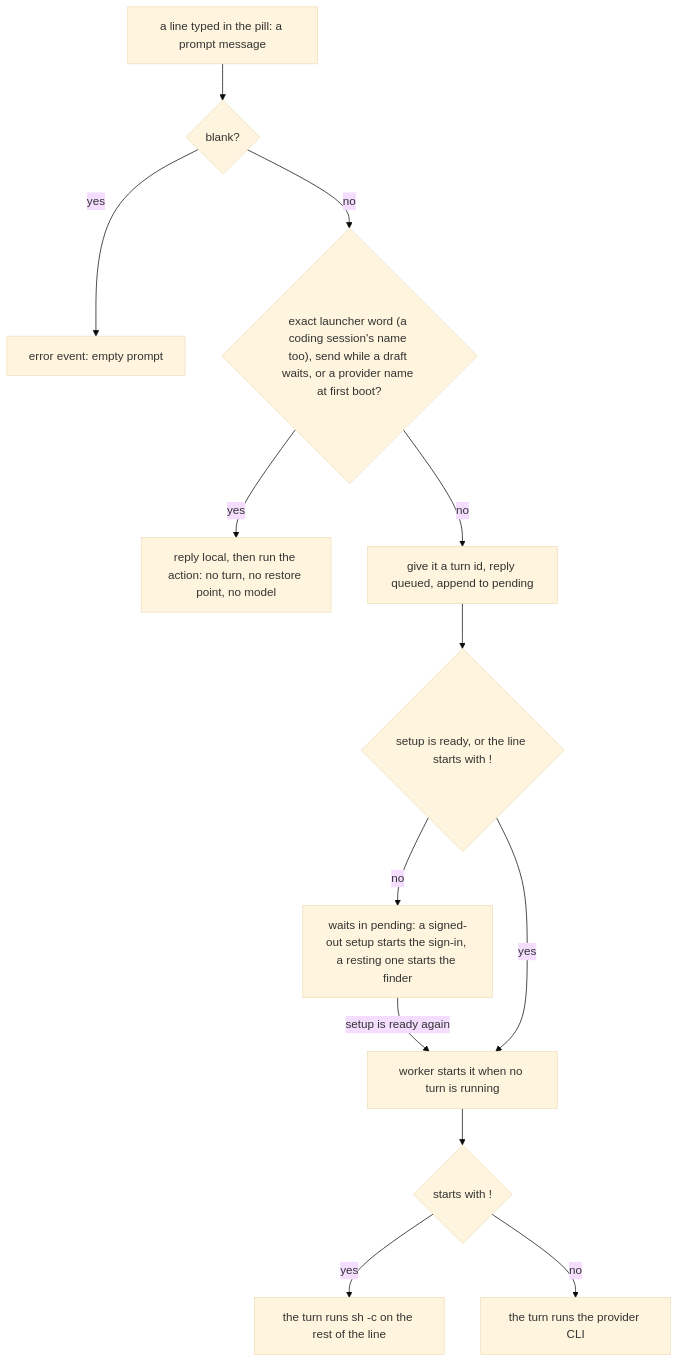
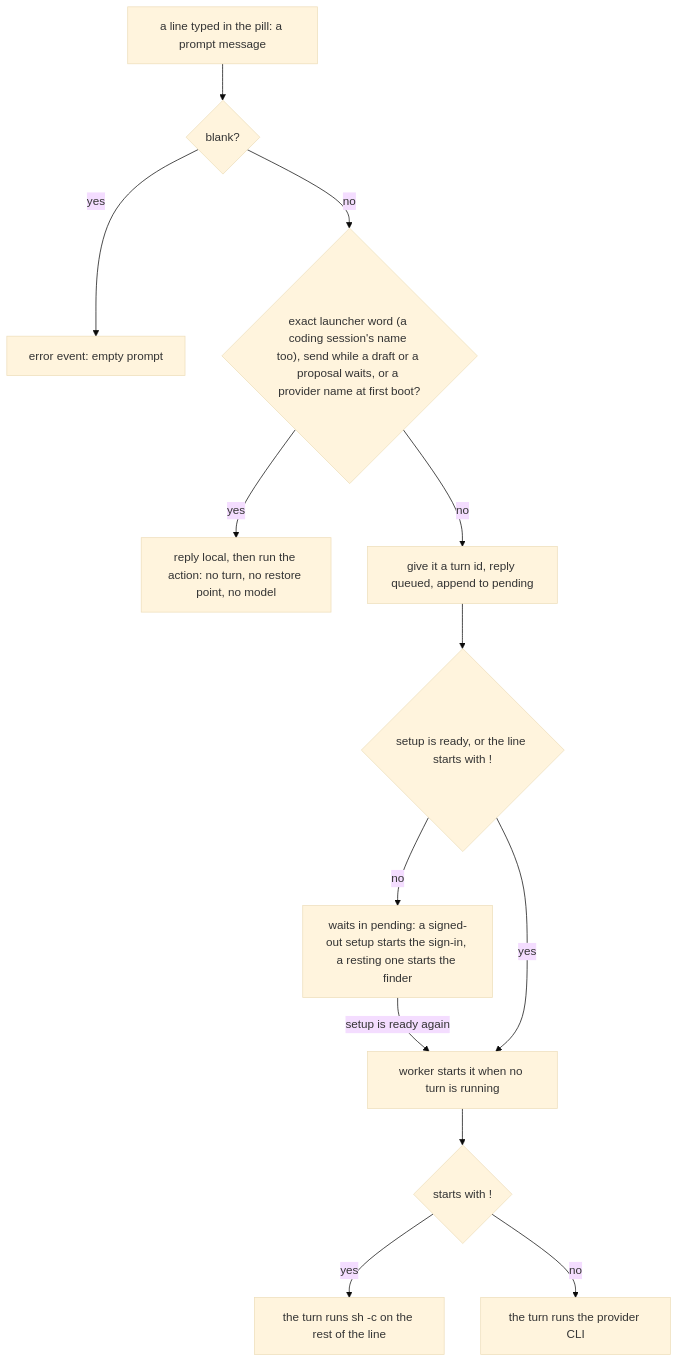
One commit to thedefaultman/Bombadil changed the second of 2 diagrams in docs/architecture/agentd.md. Above: the diagram before and after it, drawn with Mermaid (base theme). The commit also changed other lines of this file and 10 other files, not shown here.

````diff
--- a/docs/architecture/agentd.md
+++ b/docs/architecture/agentd.md
@@ -66,15 +66,15 @@
 ```mermaid
 flowchart TB
     typed["a line typed in the pill: a prompt message"] --> blank{"blank?"}
     blank -- yes --> err["error event: empty prompt"]
-    blank -- no --> word{"exact launcher word (a coding session's name too), send while a draft waits, or a provider name at first boot?"}
+    blank -- no --> word{"exact launcher word (a coding session's name too), send while a draft or a proposal waits, or a provider name at first boot?"}
     word -- yes --> local["reply local, then run the action: no turn, no restore point, no model"]
     word -- no --> queue["give it a turn id, reply queued, append to pending"]
     queue --> ready{"setup is ready, or the line starts with !"}
     ready -- no --> wait["waits in pending: a signed-out setup starts the sign-in, a resting one starts the finder"]
     wait -- setup is ready again --> worker
     ready -- yes --> worker["worker starts it when no turn is running"]
     worker --> bang{"starts with !"}
     bang -- yes --> sh["the turn runs sh -c on the rest of the line"]
     bang -- no --> cli["the turn runs the provider CLI"]
 ```
````
